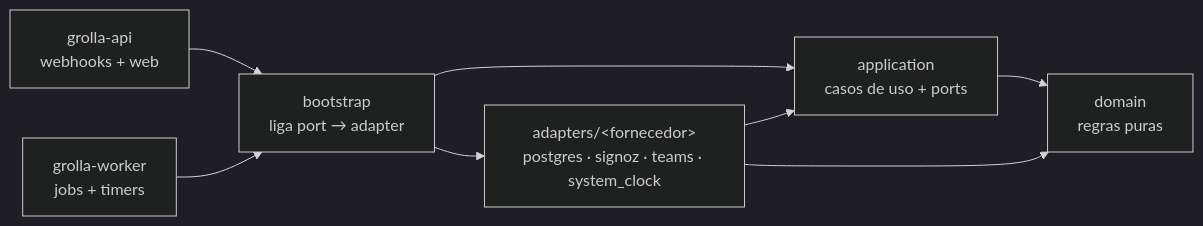
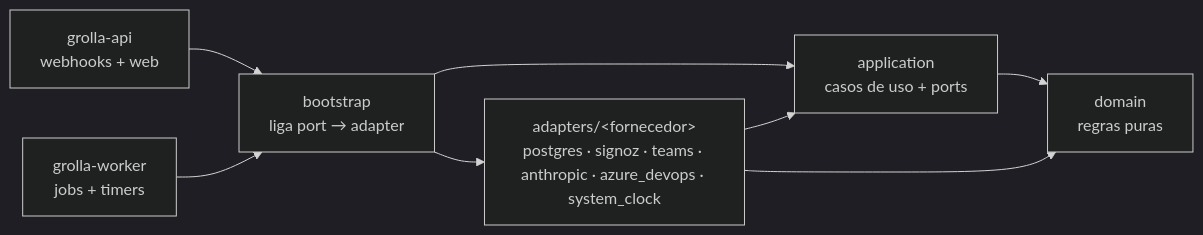
The diagram in README.md (viniciusfaleiro/grolla-agent), drawn with Mermaid (dark theme) before and after one commit. The commit also changed other lines of this file and 4 other files, not shown here.

Commit message:
Fechar o S3: desvios de contrato, READMEs, roadmap e tarefas

````diff
--- a/README.md
+++ b/README.md
@@ -80,10 +82,10 @@
 ```mermaid
 flowchart LR
   api["grolla-api<br/>webhooks + web"] --> boot
   worker["grolla-worker<br/>jobs + timers"] --> boot
   boot["bootstrap<br/>liga port → adapter"] --> adapters
   boot --> app
-  adapters["adapters/&lt;fornecedor&gt;<br/>postgres · signoz · teams · system_clock"] --> app
+  adapters["adapters/&lt;fornecedor&gt;<br/>postgres · signoz · teams · anthropic · azure_devops · system_clock"] --> app
   app["application<br/>casos de uso + ports"] --> dom["domain<br/>regras puras"]
   adapters --> dom
 ```
````
